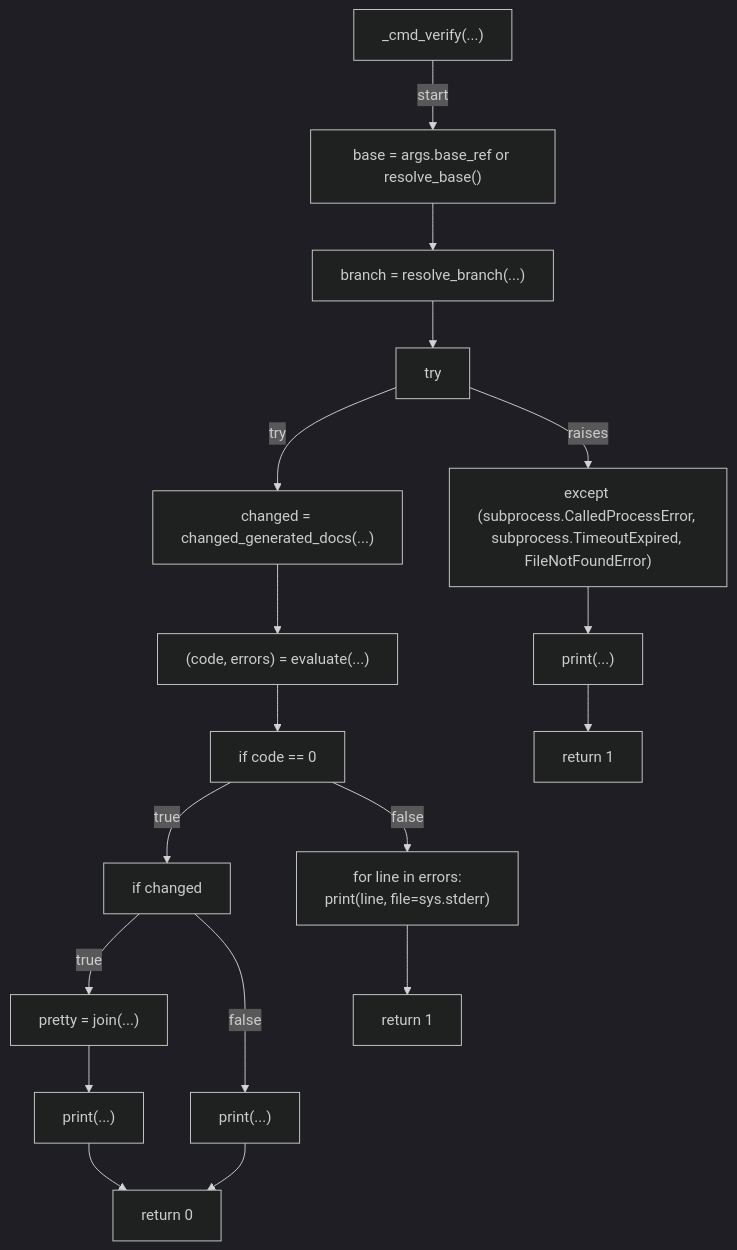
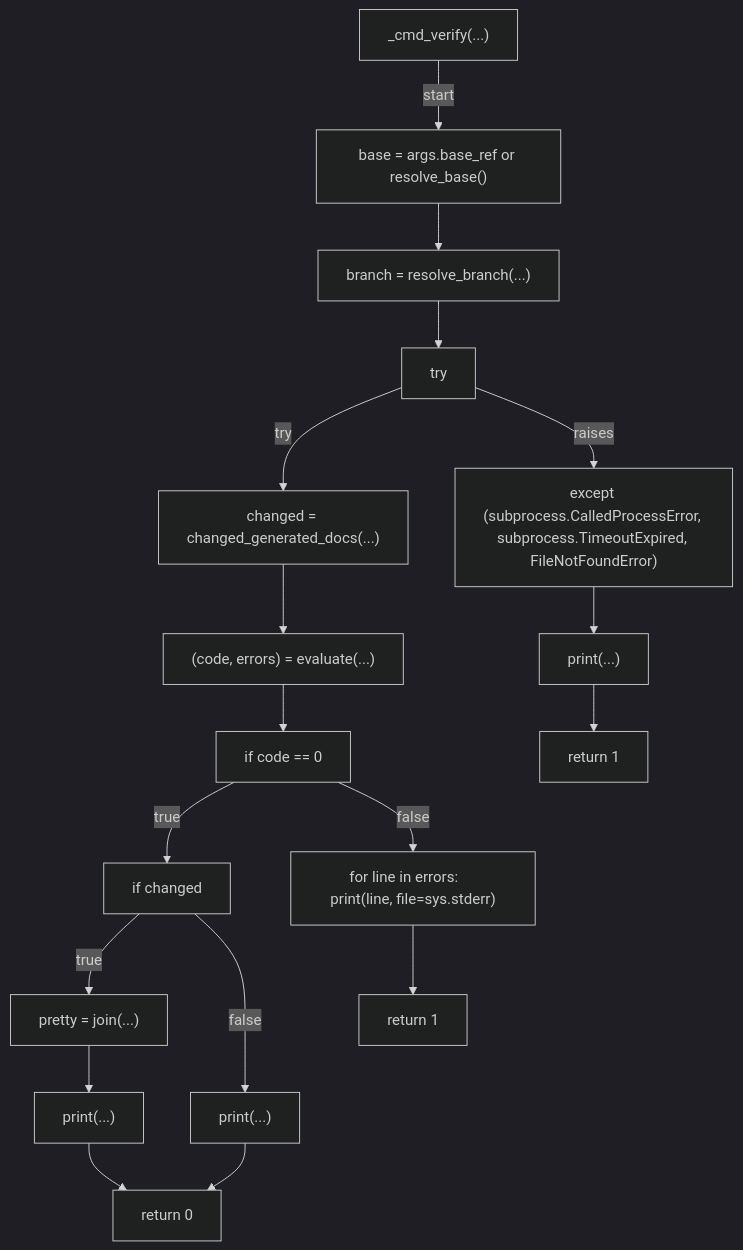
One commit to tvna/claude-md changed the sixth of 8 diagrams in docs/generated/scripts/ast/gate_generated_scripts_manual_edit.md. Above: the diagram before and after it, drawn with Mermaid (dark theme). The commit also changed other lines of this file and 30 other files, not shown here.

First line of the commit message:
docs(generated): regenerate decision tree and workflow diagrams (batch 2/5)

````diff
--- a/docs/generated/scripts/ast/gate_generated_scripts_manual_edit.md
+++ b/docs/generated/scripts/ast/gate_generated_scripts_manual_edit.md
@@ -96,38 +96,37 @@
 ```mermaid
 flowchart TD
     N001["_cmd_verify(...)"]
     N002["base = args.base_ref or resolve_base()"]
     N003["branch = resolve_branch(...)"]
     N004["try"]
     N005["changed = changed_generated_docs(...)"]
     N006["except (subprocess.CalledProcessError, subprocess.TimeoutExpired, FileNotFoundError)"]
     N007["print(...)"]
     N008["return 1"]
     N009["(code, errors) = evaluate(...)"]
     N010["if code == 0"]
     N011["if changed"]
     N012["pretty = join(...)"]
     N013["print(...)"]
     N014["print(...)"]
     N015["return 0"]
-    N016["for line in errors:
-    print(line, file=sys.stderr)"]
+    N016["for line in errors:     print(line, file=sys.stderr)"]
     N017["return 1"]
     N001 -->|"start"| N002
     N002 --> N003
     N003 --> N004
     N004 -->|"try"| N005
     N004 -->|"raises"| N006
     N006 --> N007
     N007 --> N008
     N005 --> N009
     N009 --> N010
     N010 -->|"true"| N011
     N011 -->|"true"| N012
     N012 --> N013
     N011 -->|"false"| N014
     N013 --> N015
     N014 --> N015
     N010 -->|"false"| N016
     N016 --> N017
 ```
````
